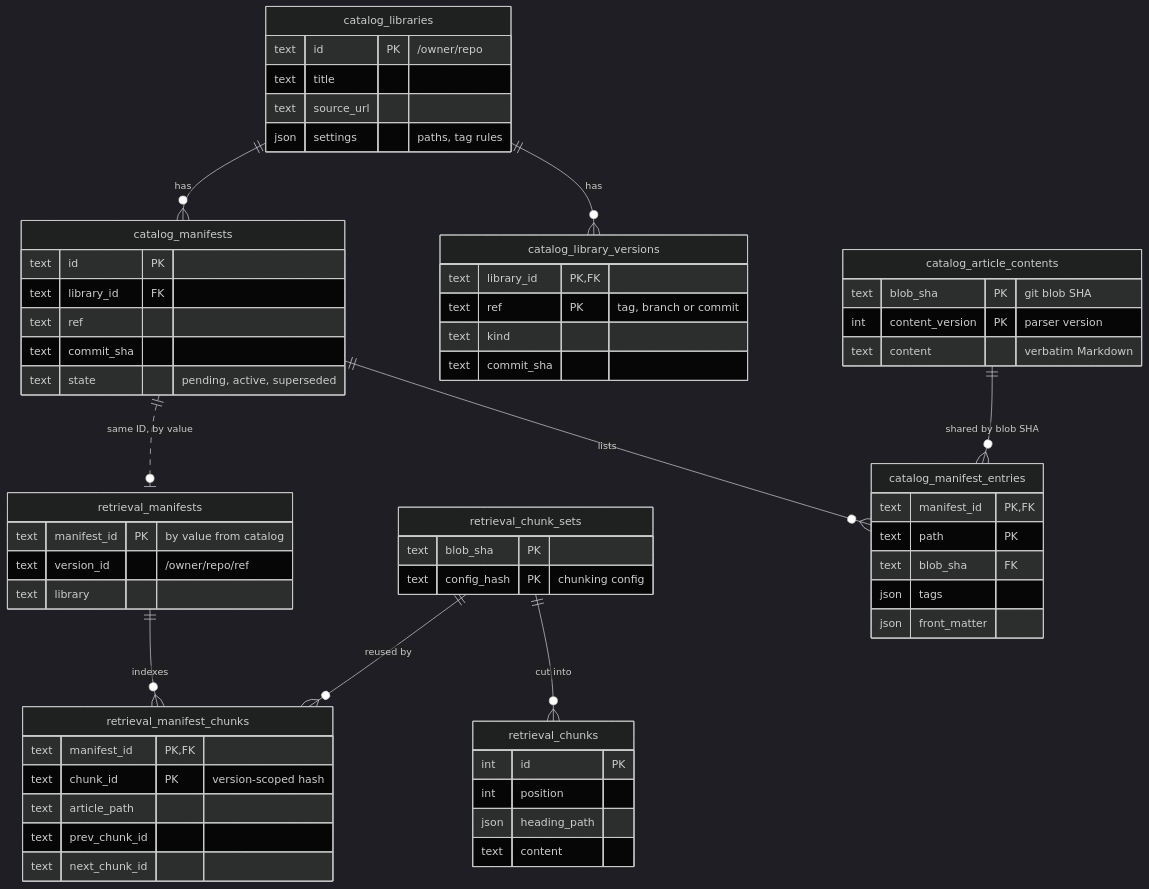
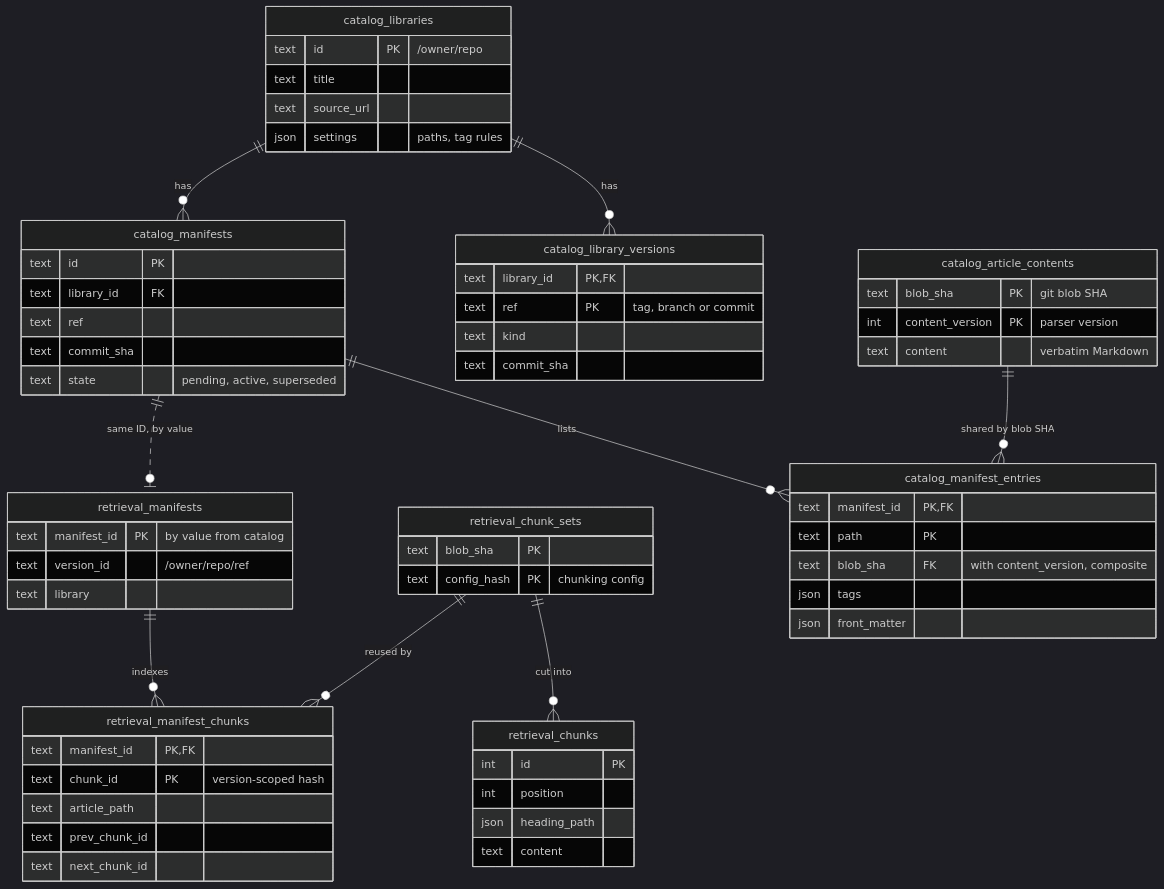
The second of 5 diagrams in docs/architecture.md (SirCypkowskyy/ExactDocs), drawn with Mermaid (dark theme) before and after one commit. The commit also changed 8 other files, not shown here.

Commit message:
docs: review fixes (git requirement, telemetry wording, pinned mermaid, labels) (#123)

````diff
--- a/docs/architecture.md
+++ b/docs/architecture.md
@@ -155,68 +155,68 @@
 ```mermaid
 erDiagram
     catalog_libraries ||--o{ catalog_library_versions : "has"
     catalog_libraries ||--o{ catalog_manifests : "has"
     catalog_manifests ||--o{ catalog_manifest_entries : "lists"
     catalog_article_contents ||--o{ catalog_manifest_entries : "shared by blob SHA"
 
     catalog_libraries {
         text id PK "/owner/repo"
         text title
         text source_url
         json settings "paths, tag rules"
     }
     catalog_library_versions {
         text library_id PK, FK
         text ref PK "tag, branch or commit"
         text kind
         text commit_sha
     }
     catalog_manifests {
         text id PK
         text library_id FK
         text ref
         text commit_sha
         text state "pending, active, superseded"
     }
     catalog_manifest_entries {
         text manifest_id PK, FK
         text path PK
-        text blob_sha FK
+        text blob_sha FK "with content_version, composite"
         json tags
         json front_matter
     }
     catalog_article_contents {
         text blob_sha PK "git blob SHA"
         int content_version PK "parser version"
         text content "verbatim Markdown"
     }
 
     retrieval_chunk_sets ||--o{ retrieval_chunks : "cut into"
     retrieval_chunk_sets ||--o{ retrieval_manifest_chunks : "reused by"
     retrieval_manifests ||--o{ retrieval_manifest_chunks : "indexes"
 
     retrieval_chunk_sets {
         text blob_sha PK
         text config_hash PK "chunking config"
     }
     retrieval_chunks {
         int id PK
         int position
         json heading_path
         text content
     }
     retrieval_manifests {
         text manifest_id PK "by value from catalog"
         text version_id "/owner/repo/ref"
         text library
     }
     retrieval_manifest_chunks {
         text manifest_id PK, FK
         text chunk_id PK "version-scoped hash"
         text article_path
         text prev_chunk_id
         text next_chunk_id
     }
 
     catalog_manifests ||..o| retrieval_manifests : "same ID, by value"
 ```
````
